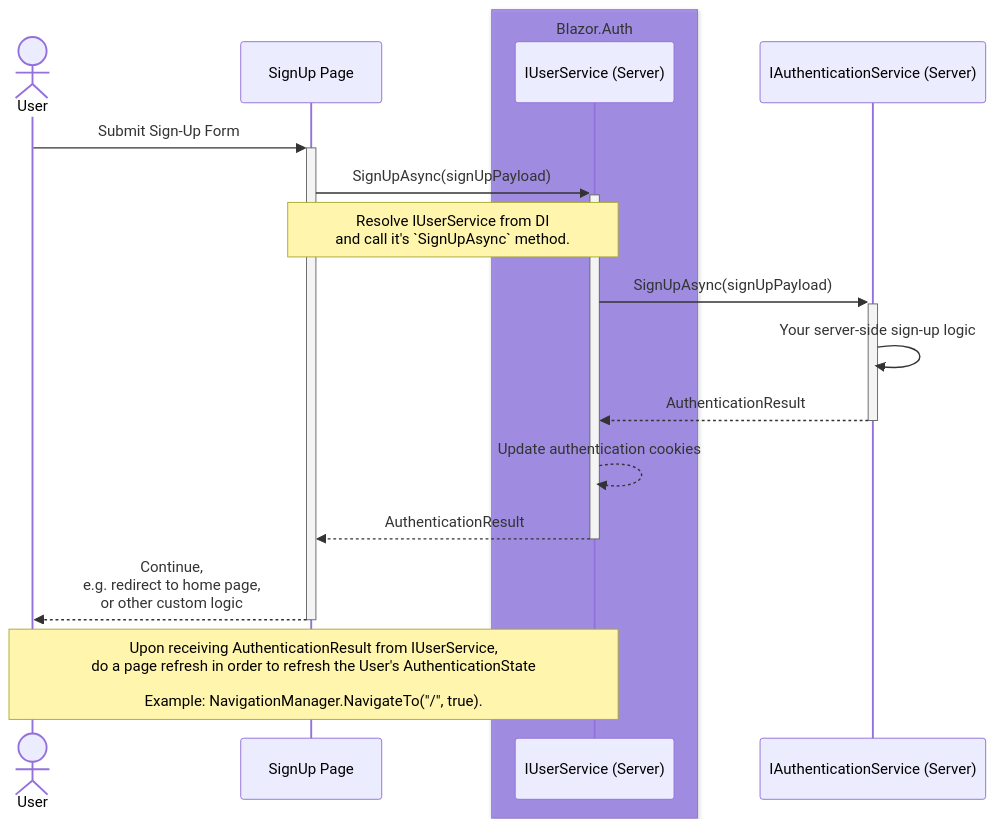
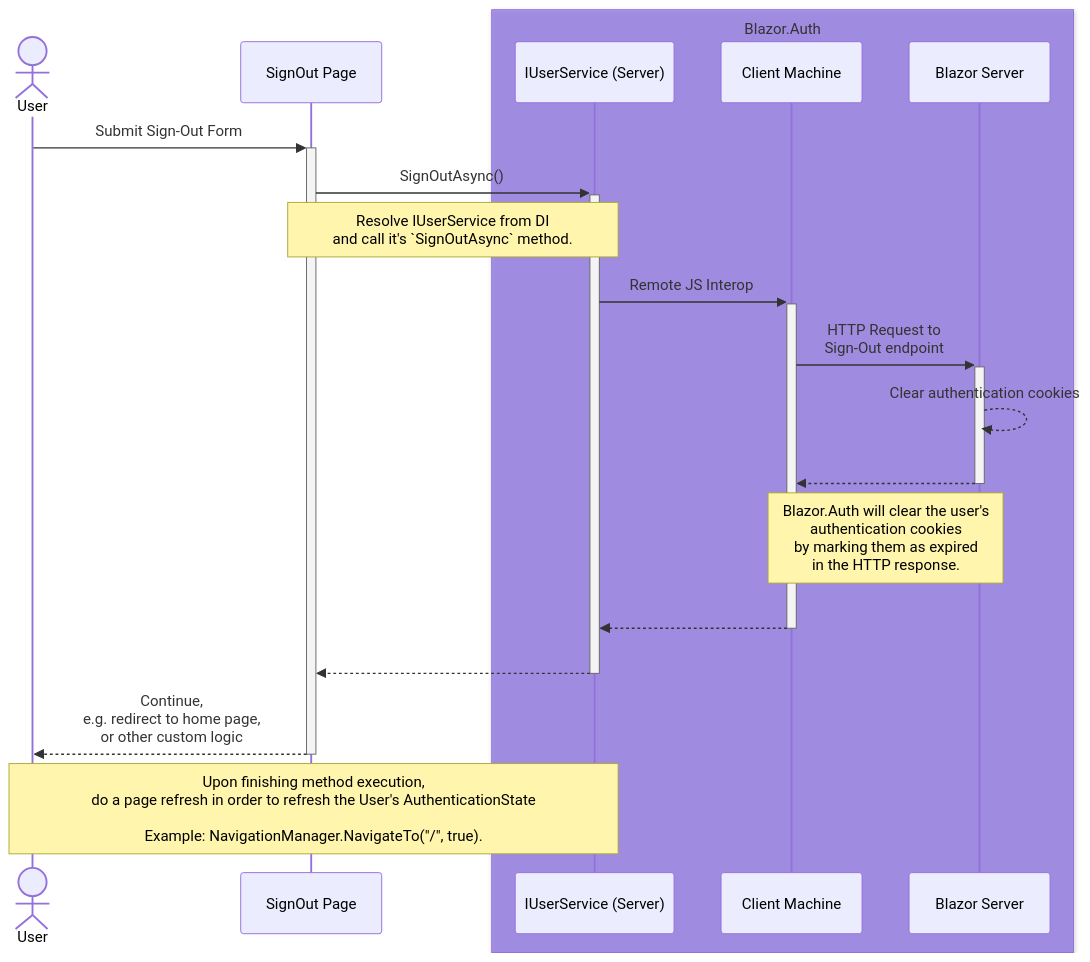
Before and after one commit to BitzArt/Blazor.Auth: the second of 3 diagrams in docs/src/04.use-cases/03.interactive-server.md, drawn with Mermaid. The commit also changed other lines of this file and 5 other files, not shown here.

````diff
--- a/docs/src/04.use-cases/03.interactive-server.md
+++ b/docs/src/04.use-cases/03.interactive-server.md
@@ -39,27 +48,31 @@
 ```mermaid
 sequenceDiagram
 
 actor user as User
-participant page as SignUp Page
+participant page as SignOut Page
 
 box rgba(101, 63, 232, 0.5) Blazor.Auth
 participant userServiceServer as IUserService (Server)
+participant blazorClient as Client Machine
+participant blazorServer as Blazor Server
 end
 
-participant authService as IAuthenticationService (Server)
+user ->>+ page: Submit Sign-Out Form
+page ->>+ userServiceServer: SignOutAsync()
+note over page,userServiceServer: Resolve IUserService from DI<br/> and call it's `SignOutAsync` method.
 
-user ->>+ page: Submit Sign-Up Form
-page ->>+ userServiceServer: SignUpAsync(signUpPayload)
-note over page,userServiceServer: Resolve IUserService from DI<br/> and call it's `SignUpAsync` method.
+userServiceServer ->>+ blazorClient: Remote JS Interop
+blazorClient ->>+ blazorServer: HTTP Request to <br/> Sign-Out endpoint
 
-userServiceServer ->>+ authService: SignUpAsync(signUpPayload)
-authService ->> authService: Your server-side sign-up logic
+blazorServer -->> blazorServer: Clear authentication cookies
 
-authService -->>- userServiceServer: AuthenticationResult
-userServiceServer -->> userServiceServer: Update authentication cookies
+blazorServer -->>- blazorClient: #32;
+note over blazorClient,blazorServer: Blazor.Auth will clear the user's <br/> authentication cookies <br/> by marking them as expired <br/> in the HTTP response.
 
-userServiceServer -->>- page: AuthenticationResult
+blazorClient -->>- userServiceServer: #32;
+
+userServiceServer -->>- page: #32;
 page -->>- user: Continue, <br/> e.g. redirect to home page, <br/> or other custom logic
 
-note over user,userServiceServer: Upon receiving AuthenticationResult from IUserService, <br/> do a page refresh in order to refresh the User's AuthenticationState<br/><br/> Example: NavigationManager.NavigateTo("/", true).
+note over user,userServiceServer: Upon finishing method execution, <br/> do a page refresh in order to refresh the User's AuthenticationState<br/><br/> Example: NavigationManager.NavigateTo("/", true).
 ```
````
